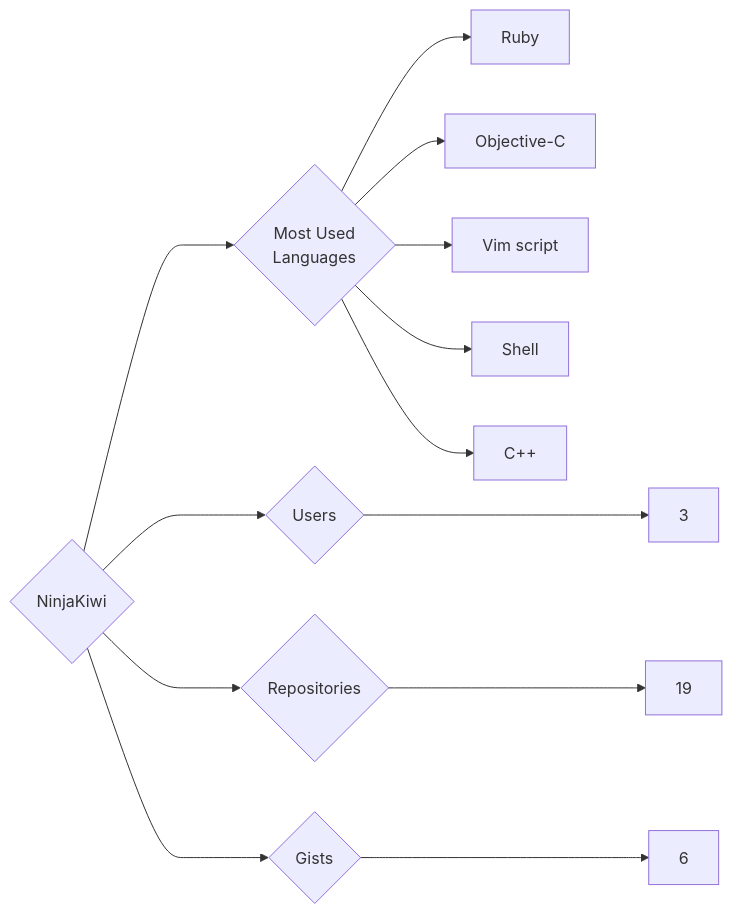
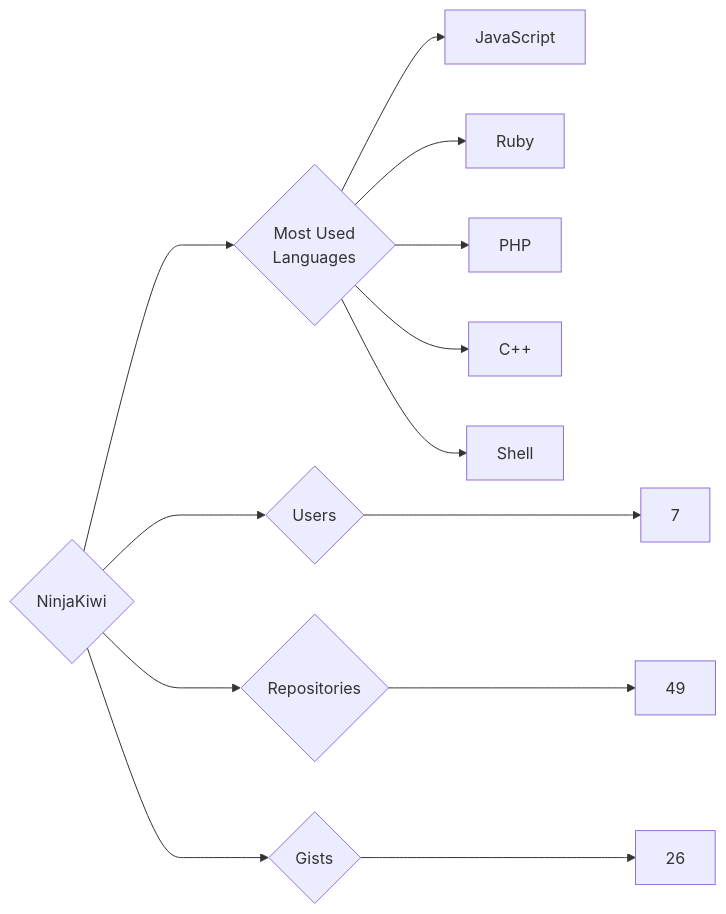
One commit to trickest/insiders changed the diagram in targets/NinjaKiwi/README.md. Above: the diagram before and after it, drawn with Mermaid. The commit also changed 969 other files, not shown here.

````diff
--- a/targets/NinjaKiwi/README.md
+++ b/targets/NinjaKiwi/README.md
@@ -3,13 +3,13 @@
 ```mermaid
 graph LR
 COMPANY_NAME{NinjaKiwi}
-COMPANY_NAME ---> U{Users} ---> UN[3]
-COMPANY_NAME ---> R{Repositories} ---> RN[19]
-COMPANY_NAME ---> G{Gists} ---> GN[6]
+COMPANY_NAME ---> U{Users} ---> UN[7]
+COMPANY_NAME ---> R{Repositories} ---> RN[49]
+COMPANY_NAME ---> G{Gists} ---> GN[26]
 COMPANY_NAME ---> ML{Most Used<br>Languages}
+ML --> JavaScript[JavaScript]
 ML --> Ruby[Ruby]
-ML --> Objective-C[Objective-C]
-ML --> Vim_script[Vim script]
+ML --> PHP[PHP]
+ML --> C++[C++]
 ML --> Shell[Shell]
-ML --> C++[C++]
 ```
````
